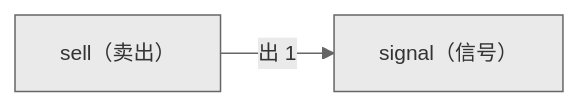
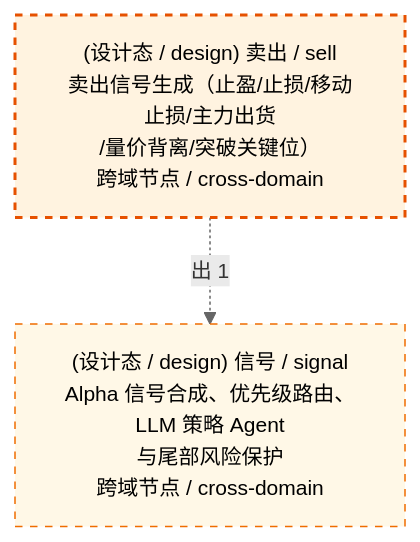
The third of 3 diagrams in docs/02_enterprise_architecture/06_decision_architecture/10_decision_l2a_sell.md (xuanFelixVan/ZephyrAlpha), drawn with Mermaid before and after one commit. The commit also changed other lines of this file and 23 other files, not shown here.

First line of the commit message:
feat(decisiongraph): 决策流图生成器模板 V1.2 全面升级——严格三视图+四要素标签+classDef四色+HTML联动

````diff
--- a/docs/02_enterprise_architecture/06_decision_architecture/10_decision_l2a_sell.md
+++ b/docs/02_enterprise_architecture/06_decision_architecture/10_decision_l2a_sell.md
@@ -156,7 +283,13 @@
 ```mermaid
-%%{init: {'theme': 'base', 'themeVariables': {'primaryColor': '#eaeaea', 'primaryTextColor': '#333333', 'primaryBorderColor': '#666666', 'lineColor': '#666666', 'secondaryColor': '#eaeaea', 'tertiaryColor': '#eaeaea', 'fontSize': '14px'}}}%%
-flowchart LR
-    SELF["sell（卖出）"]
-    EXT_signal["signal（信号）"]
-    SELF -->|出 1| EXT_signal
+%%{init: {'theme': 'base', 'themeVariables': {'primaryColor': '#eaeaea', 'primaryTextColor': '#333333', 'primaryBorderColor': '#666666', 'lineColor': '#666666', 'secondaryColor': '#eaeaea', 'tertiaryColor': '#eaeaea', 'clusterBkg': 'transparent', 'clusterBorder': 'transparent', 'fontSize': '14px'}}}%%
+flowchart TD
+    SELF["(设计态 / design) 卖出 / sell<br/>卖出信号生成（止盈/止损/移动止损/主力出货<br/>/量价背离/突破关键位）<br/>跨域节点 / cross-domain"]
+    EXT_signal["(设计态 / design) 信号 / signal<br/>Alpha 信号合成、优先级路由、LLM 策略 Agent<br/>与尾部风险保护<br/>跨域节点 / cross-domain"]
+    SELF -.->|出 1| EXT_signal
+    classDef production fill:#e1f5fe,stroke:#01579b,stroke-width:2px,color:#000
+    classDef design fill:#fff3e0,stroke:#e65100,stroke-width:2px,color:#000,stroke-dasharray: 5 5
+    classDef external_prod fill:#e8f4fd,stroke:#0277bd,stroke-width:1px,color:#000
+    classDef external_design fill:#fff8e7,stroke:#ef6c00,stroke-width:1px,color:#000,stroke-dasharray: 5 5
+    class SELF design
+    class EXT_signal external_design
 ```
````
